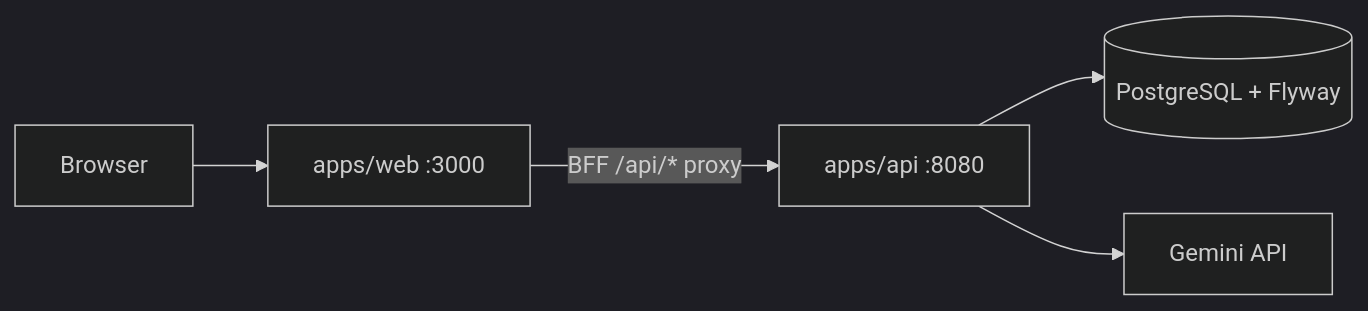
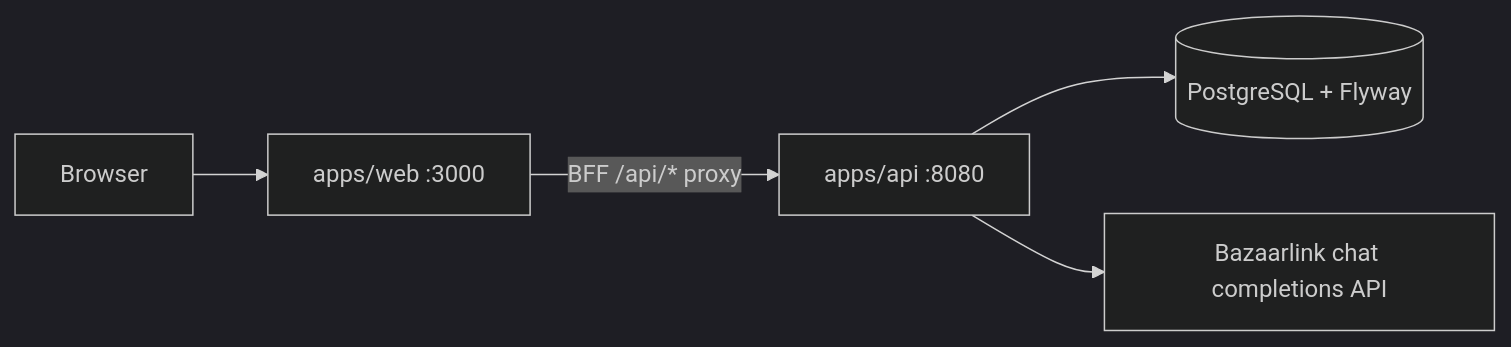
Before and after one commit to ketan-jainn/design-deck: the diagram in docs/ARCHITECTURE.md, drawn with Mermaid (dark theme). The commit also changed 14 other files, not shown here.

Commit message:
feat: replace Gemini API integration with Bazaarlink API and update related configurations

````diff
--- a/docs/ARCHITECTURE.md
+++ b/docs/ARCHITECTURE.md
@@ -7,7 +7,7 @@
 ```mermaid
 flowchart LR
   Browser --> Web["apps/web :3000"]
   Web -->|"BFF /api/* proxy"| API["apps/api :8080"]
   API --> DB[(PostgreSQL + Flyway)]
-  API --> Gemini[Gemini API]
+  API --> Bazaarlink[Bazaarlink chat completions API]
 ```
````
